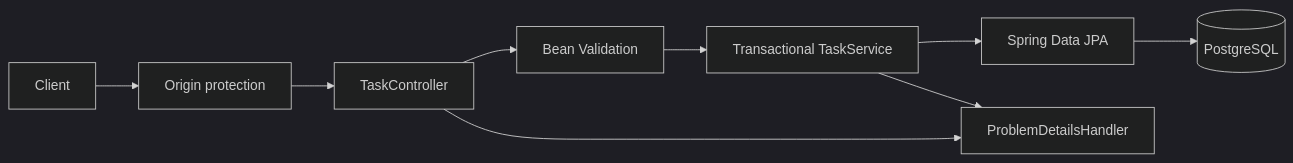
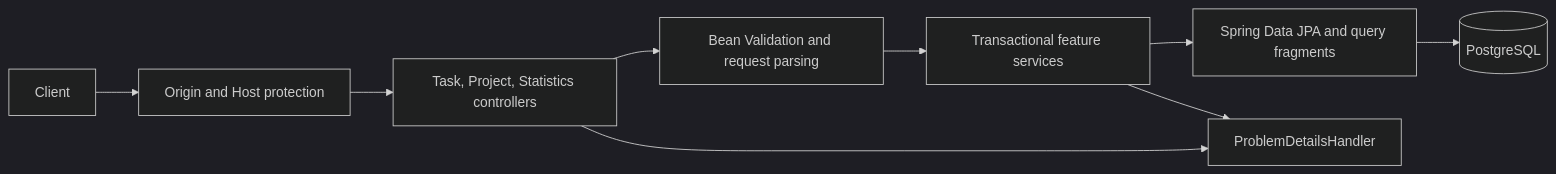
One commit to dkstoilov1/taskflow-app changed the diagram in backend/docs/README.md. Above: the diagram before and after it, drawn with Mermaid (dark theme). The commit also changed other lines of this file and 72 other files, not shown here.

````diff
--- a/backend/docs/README.md
+++ b/backend/docs/README.md
@@ -24,11 +29,11 @@
 ```mermaid
 flowchart LR
-  Client --> Origin[Origin protection]
-  Origin --> Controller[TaskController]
-  Controller --> Validation[Bean Validation]
-  Validation --> Service[Transactional TaskService]
-  Service --> Repository[Spring Data JPA]
-  Repository --> PostgreSQL[(PostgreSQL)]
-  Controller --> Advice[ProblemDetailsHandler]
-  Service --> Advice
+  Client --> Origin[Origin and Host protection]
+  Origin --> Controllers[Task, Project, Statistics controllers]
+  Controllers --> Validation[Bean Validation and request parsing]
+  Validation --> Services[Transactional feature services]
+  Services --> Repositories[Spring Data JPA and query fragments]
+  Repositories --> PostgreSQL[(PostgreSQL)]
+  Controllers --> Advice[ProblemDetailsHandler]
+  Services --> Advice
 ```
````
